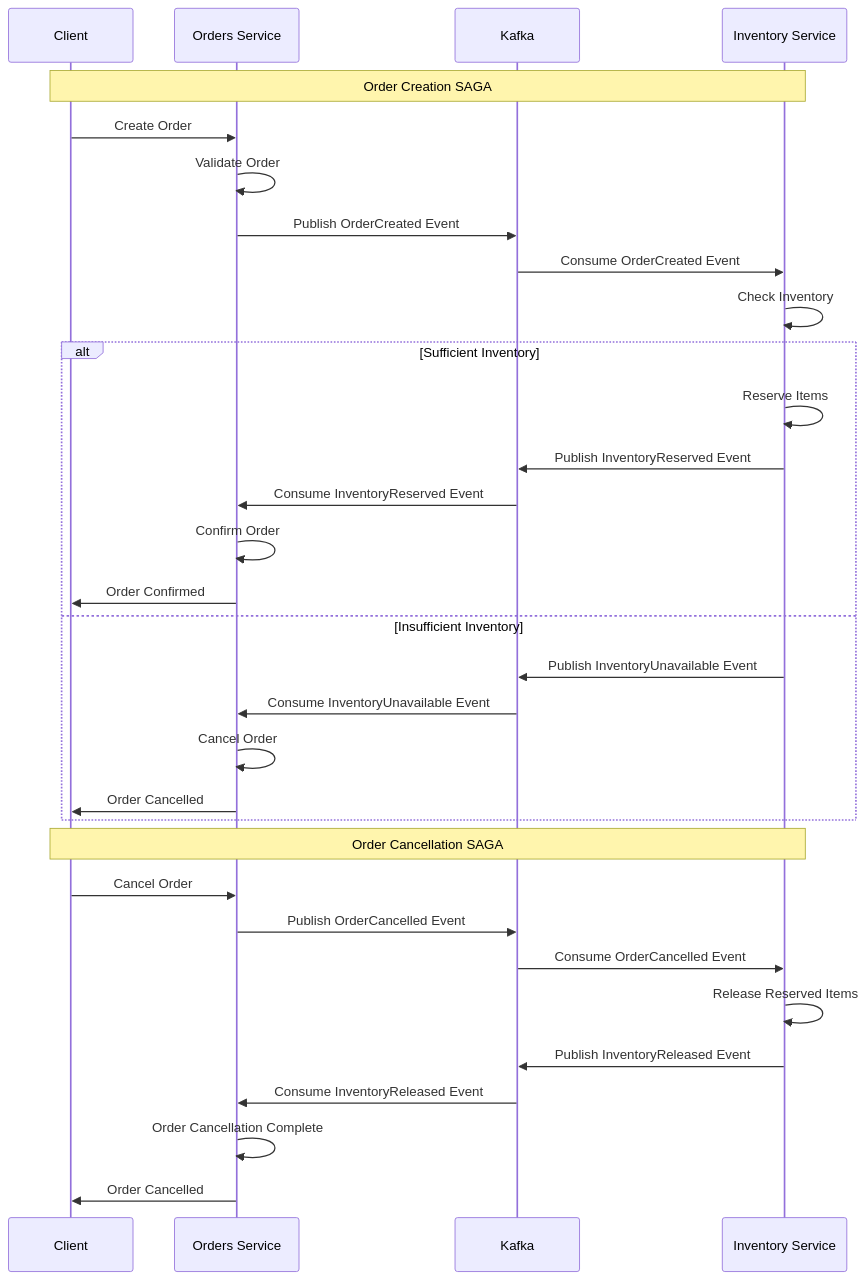
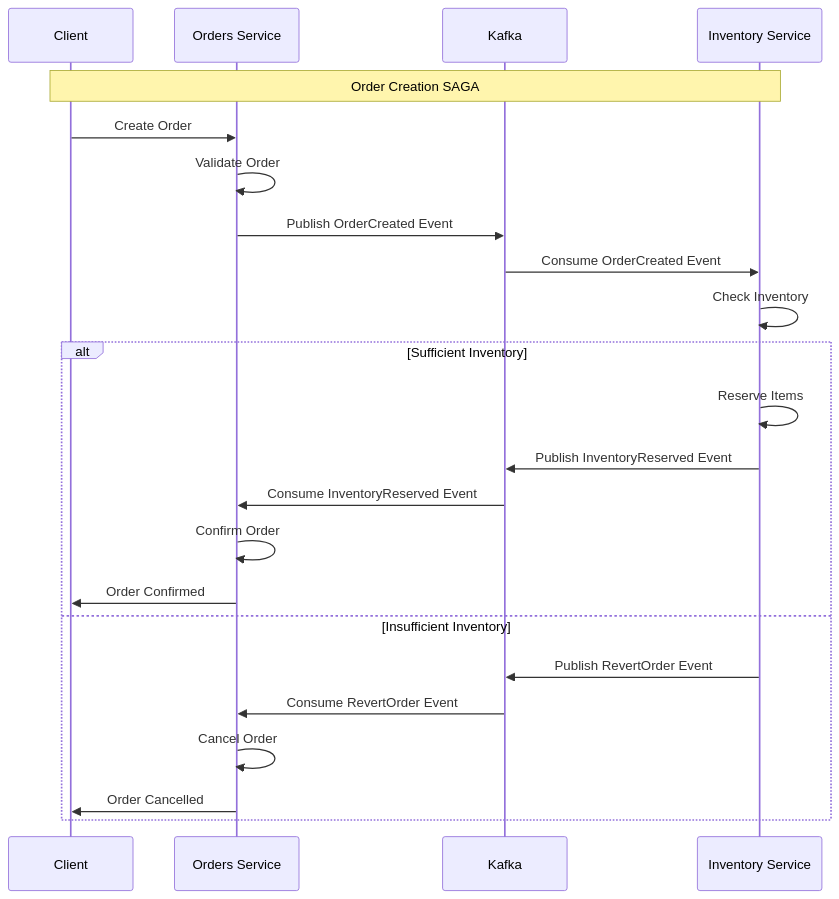
Before and after one commit to AlejandroBlanco2001/Go-SAGA: the first of 4 diagrams in README.md, drawn with Mermaid. The commit also changed other lines of this file, not shown here.

````diff
--- a/README.md
+++ b/README.md
@@ -11,36 +11,26 @@
 ```mermaid
 sequenceDiagram
     participant C as Client
     participant O as Orders Service
     participant K as Kafka
     participant I as Inventory Service
     
     Note over C,I: Order Creation SAGA
     C->>O: Create Order
     O->>O: Validate Order
     O->>K: Publish OrderCreated Event
     K->>I: Consume OrderCreated Event
     I->>I: Check Inventory
     alt Sufficient Inventory
         I->>I: Reserve Items
         I->>K: Publish InventoryReserved Event
         K->>O: Consume InventoryReserved Event
         O->>O: Confirm Order
         O->>C: Order Confirmed
     else Insufficient Inventory
-        I->>K: Publish InventoryUnavailable Event
-        K->>O: Consume InventoryUnavailable Event
+        I->>K: Publish RevertOrder Event
+        K->>O: Consume RevertOrder Event
         O->>O: Cancel Order
         O->>C: Order Cancelled
     end
-    
-    Note over C,I: Order Cancellation SAGA
-    C->>O: Cancel Order
-    O->>K: Publish OrderCancelled Event
-    K->>I: Consume OrderCancelled Event
-    I->>I: Release Reserved Items
-    I->>K: Publish InventoryReleased Event
-    K->>O: Consume InventoryReleased Event
-    O->>O: Order Cancellation Complete
-    O->>C: Order Cancelled
 ```
````
